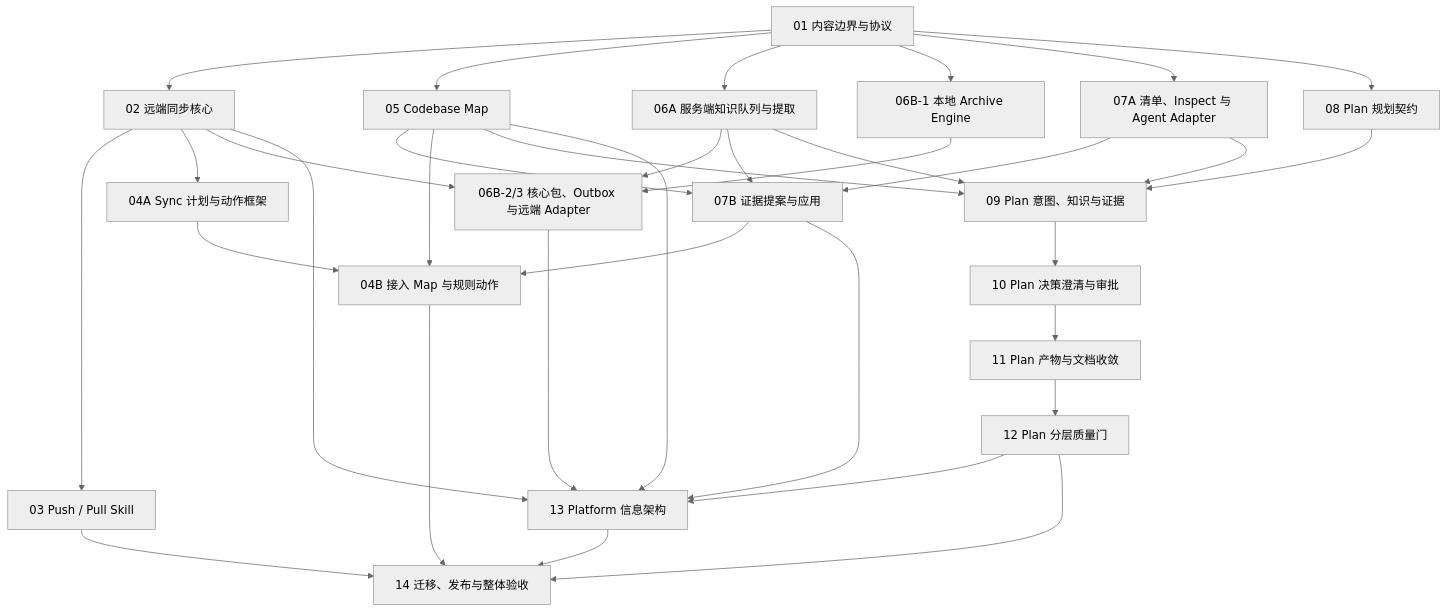
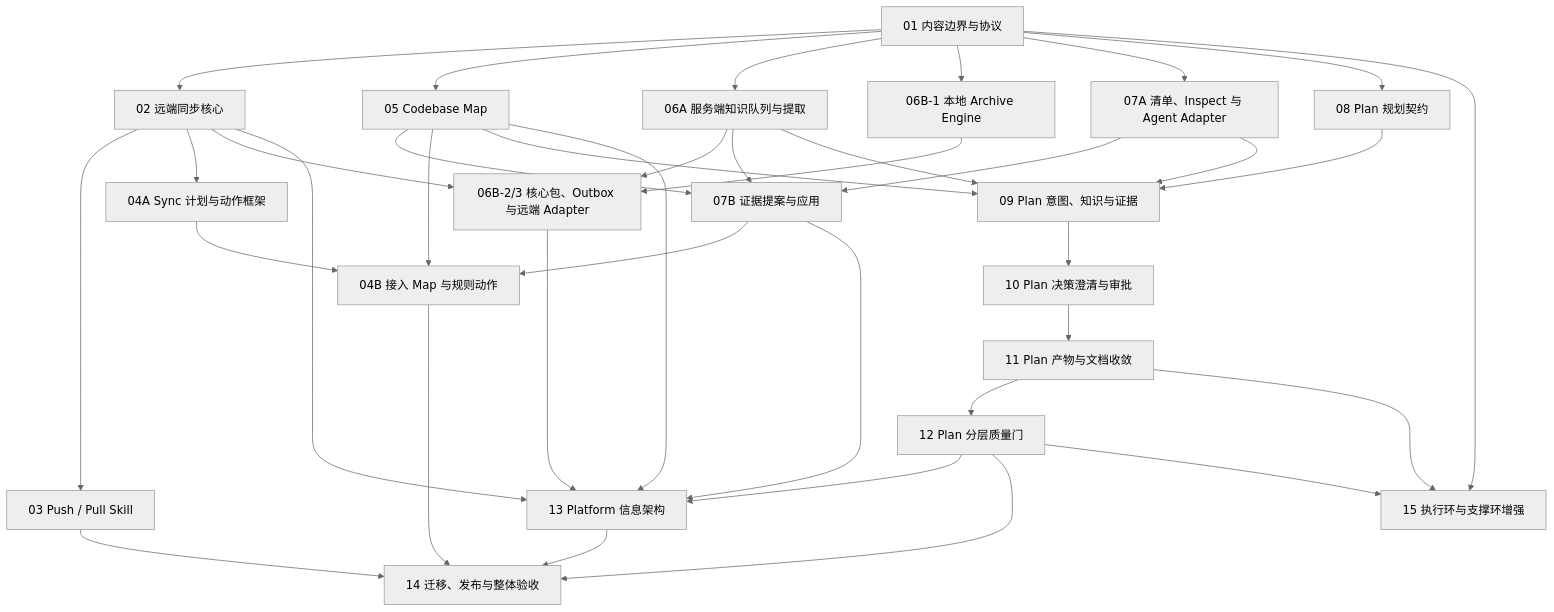
Before and after one commit to hunterzheng1/Hunter-Harness: the diagram in docs/roadmap/README.md, drawn with Mermaid (neutral theme). The commit also changed other lines of this file and 1 other file, not shown here.

Commit message:
docs: 流程调研报告修订 4/5 与 roadmap 状态翻转
- 修订 4：15-M1~M4 就地标注已实施；§4.1 残留 8 target 计数修正为 6
- 修订 5：10-M4/11-M4 就地标注已实施；§6 状态列按惯例附提交哈希（c87a1c3/7204948/a8f5ae1）
- roadmap README 阶段 15 行翻转为已实施

````diff
--- a/docs/roadmap/README.md
+++ b/docs/roadmap/README.md
@@ -19,36 +19,39 @@
 ```mermaid
 flowchart TD
     S01["01 内容边界与协议"] --> S02["02 远端同步核心"]
     S01 --> S05["05 Codebase Map"]
     S01 --> S06A["06A 服务端知识队列与提取"]
     S01 --> S06B1["06B-1 本地 Archive Engine"]
     S01 --> S07A["07A 清单、Inspect 与 Agent Adapter"]
     S01 --> S08["08 Plan 规划契约"]
     S02 --> S03["03 Push / Pull Skill"]
     S02 --> S04A["04A Sync 计划与动作框架"]
     S02 --> S06B23["06B-2/3 核心包、Outbox 与远端 Adapter"]
     S06A --> S06B23
     S06B1 --> S06B23
     S05 --> S07B["07B 证据提案与应用"]
     S06A --> S07B
     S07A --> S07B
     S04A --> S04B["04B 接入 Map 与规则动作"]
     S05 --> S04B
     S07B --> S04B
     S05 --> S09["09 Plan 意图、知识与证据"]
     S06A --> S09
     S07A --> S09
     S08 --> S09
     S09 --> S10["10 Plan 决策澄清与审批"]
     S10 --> S11["11 Plan 产物与文档收敛"]
     S11 --> S12["12 Plan 分层质量门"]
     S02 --> S13["13 Platform 信息架构"]
     S05 --> S13
     S06B23 --> S13
     S07B --> S13
     S12 --> S13
     S03 --> S14["14 迁移、发布与整体验收"]
     S04B --> S14
     S12 --> S14
     S13 --> S14
+    S01 --> S15["15 执行环与支撑环增强"]
+    S11 --> S15
+    S12 --> S15
 ```
````
